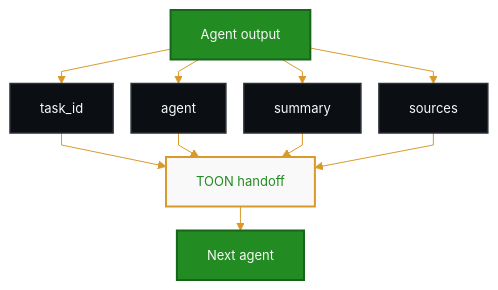
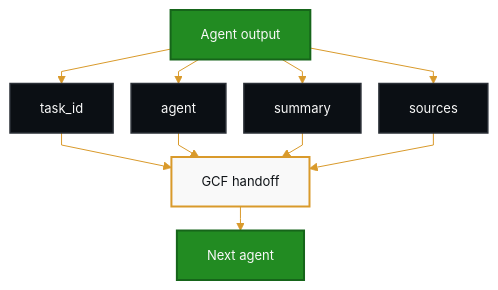
One commit to Hassaan146/agentic-ai-workflow changed the sixth of 10 diagrams in docs/diagrams.md. Above: the diagram before and after it, drawn with Mermaid. The commit also changed other lines of this file and 18 other files, not shown here.

````diff
--- a/docs/diagrams.md
+++ b/docs/diagrams.md
@@ -184,21 +185,21 @@
 ```mermaid
-%%{init: {'theme': 'base', 'flowchart': {'nodeSpacing': 18, 'rankSpacing': 24, 'curve': 'linear'}, 'themeVariables': {'fontSize': '13px', 'primaryColor': '#228B22', 'primaryTextColor': '#F9F9F9', 'primaryBorderColor': '#16651A', 'lineColor': '#D99A2B', 'secondaryColor': '#F9F9F9', 'secondaryTextColor': '#228B22', 'secondaryBorderColor': '#D99A2B', 'tertiaryColor': '#0B0F14', 'tertiaryTextColor': '#F9F9F9', 'tertiaryBorderColor': '#2A2F36', 'background': '#070B10', 'mainBkg': '#228B22', 'secondBkg': '#F9F9F9', 'textColor': '#F9F9F9', 'edgeLabelBackground': '#F9F9F9'}}}%%
+%%{init: {"theme":"base","flowchart":{"nodeSpacing":18,"rankSpacing":24,"curve":"linear"},"themeVariables":{"fontSize":"13px","background":"#070B10","primaryColor":"#228B22","primaryTextColor":"#F9F9F9","primaryBorderColor":"#16651A","secondaryColor":"#F9F9F9","secondaryTextColor":"#101418","secondaryBorderColor":"#D99A2B","tertiaryColor":"#0B0F14","tertiaryTextColor":"#F9F9F9","tertiaryBorderColor":"#2A2F36","lineColor":"#D99A2B","textColor":"#F9F9F9","edgeLabelBackground":"#0B0F14"}}}%%
 flowchart TD
     A["Agent output"] --> B["task_id"]
     A --> C["agent"]
     A --> D["summary"]
     A --> E["sources"]
-    B --> F["TOON handoff"]
+    B --> F["GCF handoff"]
     C --> F
     D --> F
     E --> F
     F --> G["Next agent"]
 
     classDef primary fill:#228B22,stroke:#16651A,color:#F9F9F9,stroke-width:2px;
     classDef dark fill:#0B0F14,stroke:#2A2F36,color:#F9F9F9,stroke-width:1.5px;
-    classDef toon fill:#F9F9F9,stroke:#D99A2B,color:#228B22,stroke-width:2px;
-    classDef decision fill:#F9F9F9,stroke:#D99A2B,color:#228B22,stroke-width:2px;
+    classDef gcf fill:#F9F9F9,stroke:#D99A2B,color:#101418,stroke-width:2px;
+
     class A,G primary;
     class B,C,D,E dark;
-    class F toon;
+    class F gcf;
 ```
````
